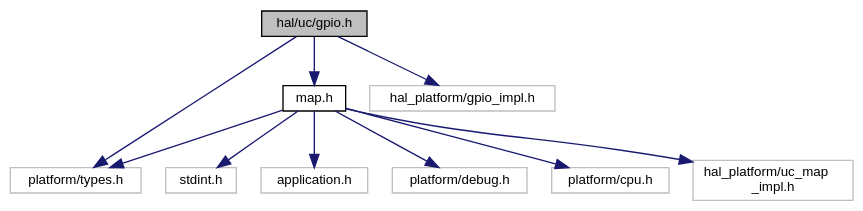
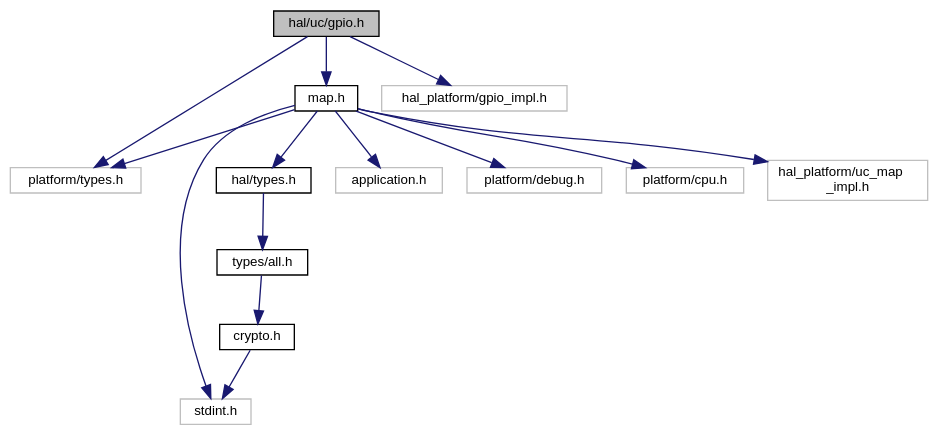
One commit to ebs-universe/piolib-hal-uc changed the diagram in gpio_8h__incl.dot. Above: the diagram before and after it, drawn with Graphviz. The commit also changed 189 other files, not shown here.

```diff
--- a/gpio_8h__incl.dot
+++ b/gpio_8h__incl.dot
@@ -1,26 +1,33 @@
 digraph "hal/uc/gpio.h"
 {
  // INTERACTIVE_SVG=YES
  // LATEX_PDF_SIZE
   bgcolor="transparent";
   edge [fontname="Helvetica",fontsize="10",labelfontname="Helvetica",labelfontsize="10"];
   node [fontname="Helvetica",fontsize="10",shape=record];
   Node1 [label="hal/uc/gpio.h",height=0.2,width=0.4,color="black", fillcolor="grey75", style="filled", fontcolor="black",tooltip="HAL for uC GPIOs."];
   Node1 -> Node2 [color="midnightblue",fontsize="10",style="solid",fontname="Helvetica"];
   Node2 [label="platform/types.h",height=0.2,width=0.4,color="grey75",tooltip=" "];
   Node1 -> Node3 [color="midnightblue",fontsize="10",style="solid",fontname="Helvetica"];
   Node3 [label="map.h",height=0.2,width=0.4,color="black",URL="$map_8h.html",tooltip="HAL for uC Peripheral Map."];
   Node3 -> Node4 [color="midnightblue",fontsize="10",style="solid",fontname="Helvetica"];
   Node4 [label="stdint.h",height=0.2,width=0.4,color="grey75",tooltip=" "];
   Node3 -> Node2 [color="midnightblue",fontsize="10",style="solid",fontname="Helvetica"];
   Node3 -> Node5 [color="midnightblue",fontsize="10",style="solid",fontname="Helvetica"];
-  Node5 [label="application.h",height=0.2,width=0.4,color="grey75",tooltip=" "];
-  Node3 -> Node6 [color="midnightblue",fontsize="10",style="solid",fontname="Helvetica"];
-  Node6 [label="platform/debug.h",height=0.2,width=0.4,color="grey75",tooltip=" "];
-  Node3 -> Node7 [color="midnightblue",fontsize="10",style="solid",fontname="Helvetica"];
-  Node7 [label="platform/cpu.h",height=0.2,width=0.4,color="grey75",tooltip=" "];
+  Node5 [label="hal/types.h",height=0.2,width=0.4,color="black",URL="$types_8h_source.html",tooltip=" "];
+  Node5 -> Node6 [color="midnightblue",fontsize="10",style="solid",fontname="Helvetica"];
+  Node6 [label="types/all.h",height=0.2,width=0.4,color="black",URL="$types_2all_8h_source.html",tooltip=" "];
+  Node6 -> Node7 [color="midnightblue",fontsize="10",style="solid",fontname="Helvetica"];
+  Node7 [label="crypto.h",height=0.2,width=0.4,color="black",URL="$types_2crypto_8h_source.html",tooltip=" "];
+  Node7 -> Node4 [color="midnightblue",fontsize="10",style="solid",fontname="Helvetica"];
   Node3 -> Node8 [color="midnightblue",fontsize="10",style="solid",fontname="Helvetica"];
-  Node8 [label="hal_platform/uc_map\l_impl.h",height=0.2,width=0.4,color="grey75",tooltip=" "];
-  Node1 -> Node9 [color="midnightblue",fontsize="10",style="solid",fontname="Helvetica"];
-  Node9 [label="hal_platform/gpio_impl.h",height=0.2,width=0.4,color="grey75",tooltip=" "];
+  Node8 [label="application.h",height=0.2,width=0.4,color="grey75",tooltip=" "];
+  Node3 -> Node9 [color="midnightblue",fontsize="10",style="solid",fontname="Helvetica"];
+  Node9 [label="platform/debug.h",height=0.2,width=0.4,color="grey75",tooltip=" "];
+  Node3 -> Node10 [color="midnightblue",fontsize="10",style="solid",fontname="Helvetica"];
+  Node10 [label="platform/cpu.h",height=0.2,width=0.4,color="grey75",tooltip=" "];
+  Node3 -> Node11 [color="midnightblue",fontsize="10",style="solid",fontname="Helvetica"];
+  Node11 [label="hal_platform/uc_map\l_impl.h",height=0.2,width=0.4,color="grey75",tooltip=" "];
+  Node1 -> Node12 [color="midnightblue",fontsize="10",style="solid",fontname="Helvetica"];
+  Node12 [label="hal_platform/gpio_impl.h",height=0.2,width=0.4,color="grey75",tooltip=" "];
 }
```
